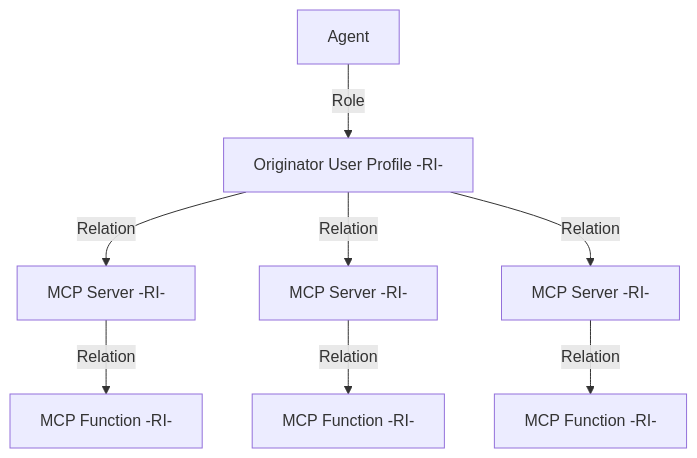
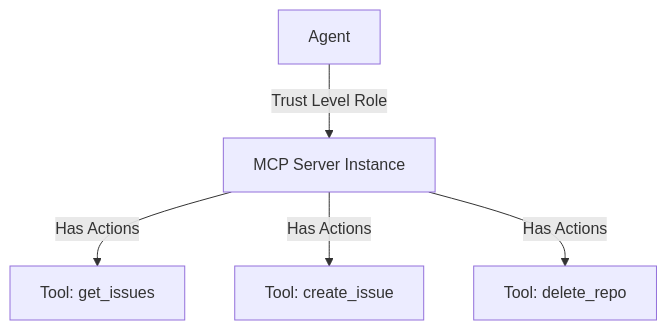
Before and after one commit to permitio/docs: the second of 4 diagrams in docs/ai-security/mcp-permissions/architecture.mdx, drawn with Mermaid. The commit also changed other lines of this file and 5 other files, not shown here.

First line of the commit message:
Refactor MCP Permissions documentation to Agent Security terminology

````diff
--- a/docs/ai-security/mcp-permissions/architecture.mdx
+++ b/docs/ai-security/mcp-permissions/architecture.mdx
@@ -97,10 +98,7 @@
 ```mermaid
 graph TD
-    A[Agent] --Role--> O[Originator User Profile -RI-]
-    O --Relation--> M[MCP Server -RI-]
-    O --Relation--> M1[MCP Server -RI-]
-    O --Relation--> M2[MCP Server -RI-]
-    M --Relation--> F[MCP Function -RI-]
-    M1 --Relation--> F1[MCP Function -RI-]
-    M2 --Relation--> F2[MCP Function -RI-]
+    A[Agent] --Trust Level Role--> M[MCP Server Instance]
+    M --Has Actions--> F1[Tool: get_issues]
+    M --Has Actions--> F2[Tool: create_issue]
+    M --Has Actions--> F3[Tool: delete_repo]
 ```
````
